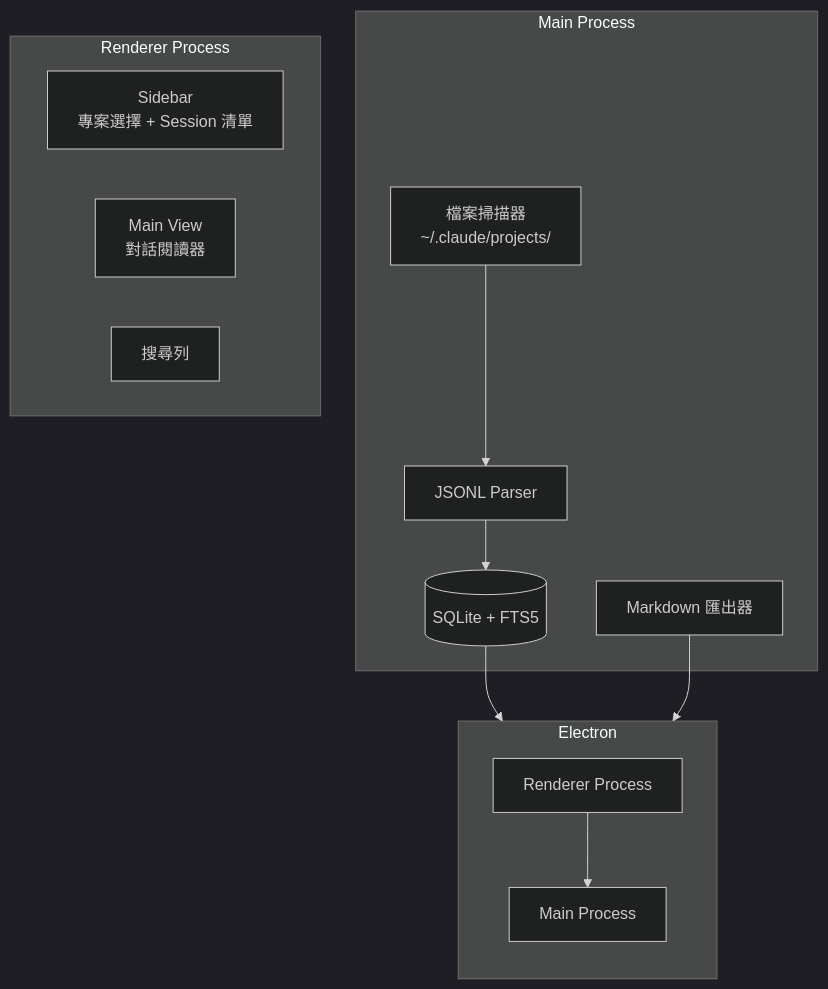
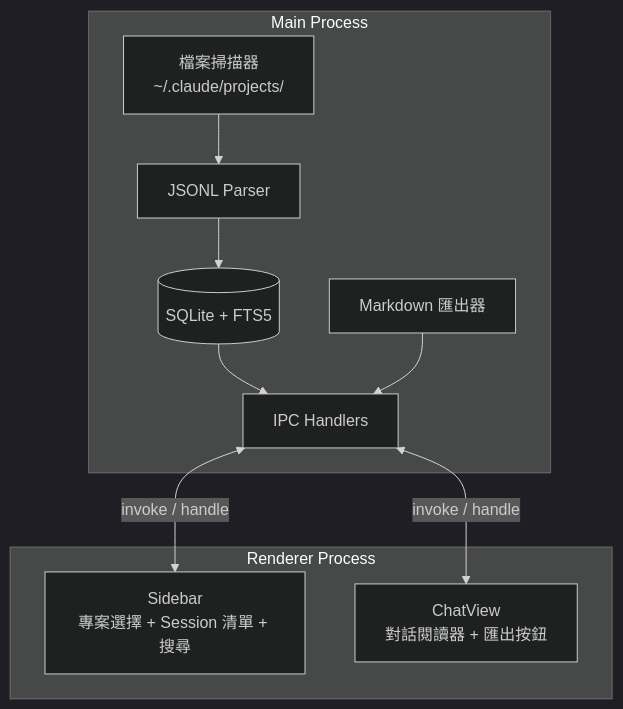
One commit to tznthou/ccRewind changed the diagram in README.md. Above: the diagram before and after it, drawn with Mermaid (dark theme). The commit also changed other lines of this file and 8 other files, not shown here.

````diff
--- a/README.md
+++ b/README.md
@@ -9,27 +42,17 @@
 ```mermaid
 graph TB
-    subgraph Electron
-        direction TB
-        MP[Main Process]
-        RP[Renderer Process]
-    end
-
     subgraph Main Process
-        FS[檔案掃描器<br>~/.claude/projects/]
-        JP[JSONL Parser]
-        DB[(SQLite + FTS5)]
-        EX[Markdown 匯出器]
+        FS[檔案掃描器<br>~/.claude/projects/] --> JP[JSONL Parser]
+        JP --> DB[(SQLite + FTS5)]
+        DB --> IPC[IPC Handlers]
+        EX[Markdown 匯出器] --> IPC
     end
 
     subgraph Renderer Process
-        SB[Sidebar<br>專案選擇 + Session 清單]
-        MV[Main View<br>對話閱讀器]
-        SR[搜尋列]
+        SB[Sidebar<br>專案選擇 + Session 清單 + 搜尋]
+        CV[ChatView<br>對話閱讀器 + 匯出按鈕]
     end
 
-    FS --> JP
-    JP --> DB
-    DB --> RP
-    RP --> MP
-    EX --> MP
+    IPC <-->|invoke / handle| SB
+    IPC <-->|invoke / handle| CV
 ```
````
